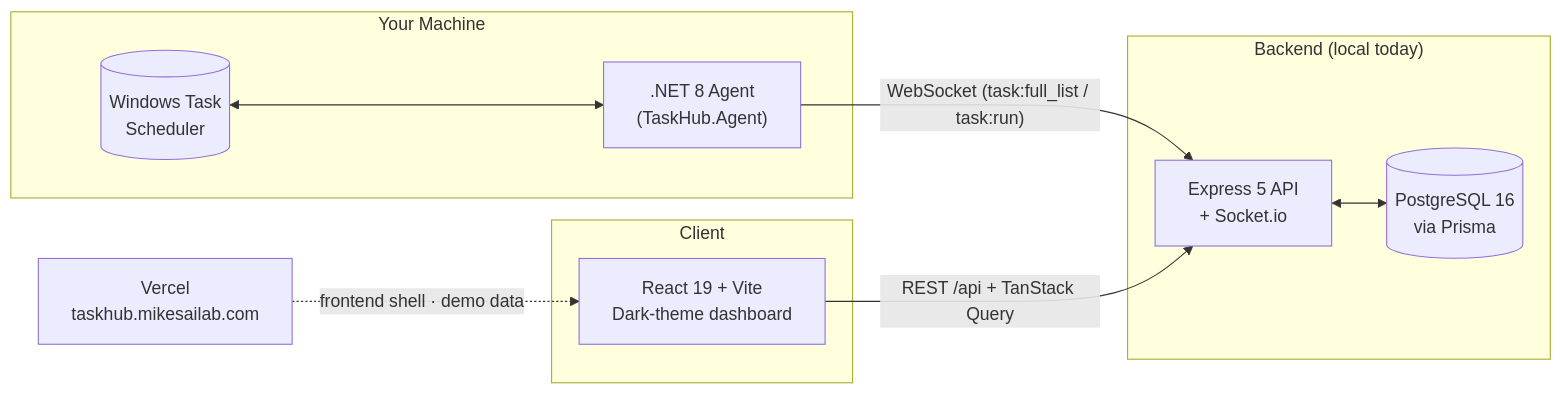
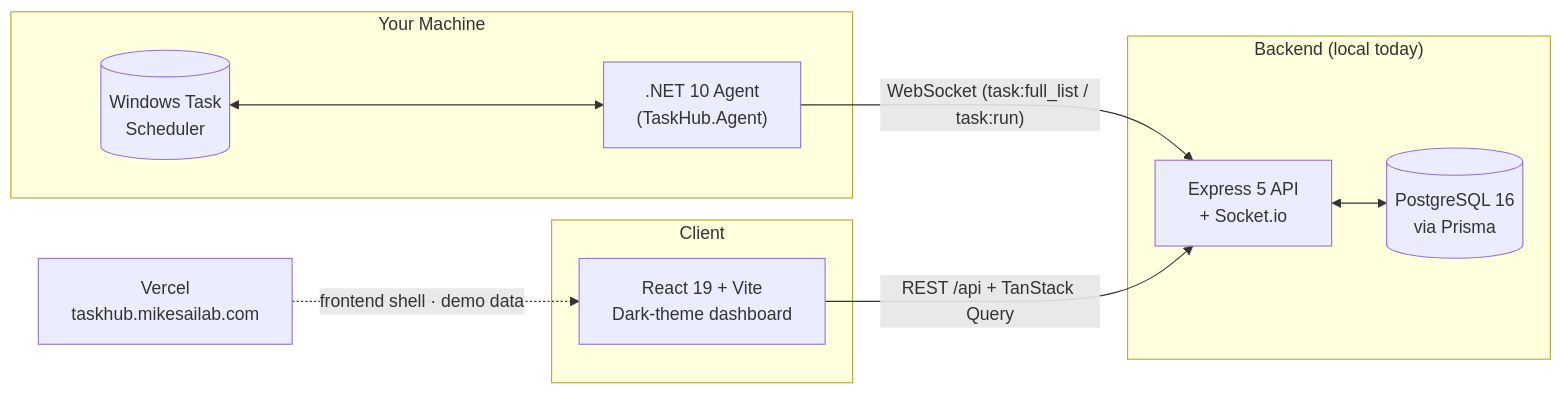
One commit to ai-automation-tools/cronsole changed the diagram in README.md. Above: the diagram before and after it, drawn with Mermaid. The commit also changed other lines of this file and 8 other files, not shown here.

````diff
--- a/README.md
+++ b/README.md
@@ -57,23 +57,23 @@
 ```mermaid
 graph LR
     subgraph User["Your Machine"]
         WTS[(Windows Task<br/>Scheduler)]
-        AGENT[".NET 8 Agent<br/>(TaskHub.Agent)"]
+        AGENT[".NET 10 Agent<br/>(TaskHub.Agent)"]
         WTS <--> AGENT
     end
 
     subgraph Backend["Backend (local today)"]
         API["Express 5 API<br/>+ Socket.io"]
         DB[(PostgreSQL 16<br/>via Prisma)]
         API <--> DB
     end
 
     subgraph Client["Client"]
         WEB["React 19 + Vite<br/>Dark-theme dashboard"]
     end
 
     AGENT -- "WebSocket (task:full_list / task:run)" --> API
     WEB -- "REST /api + TanStack Query" --> API
 
     VERCEL["Vercel<br/>taskhub.mikesailab.com"] -. "frontend shell · demo data" .-> WEB
 ```
````
